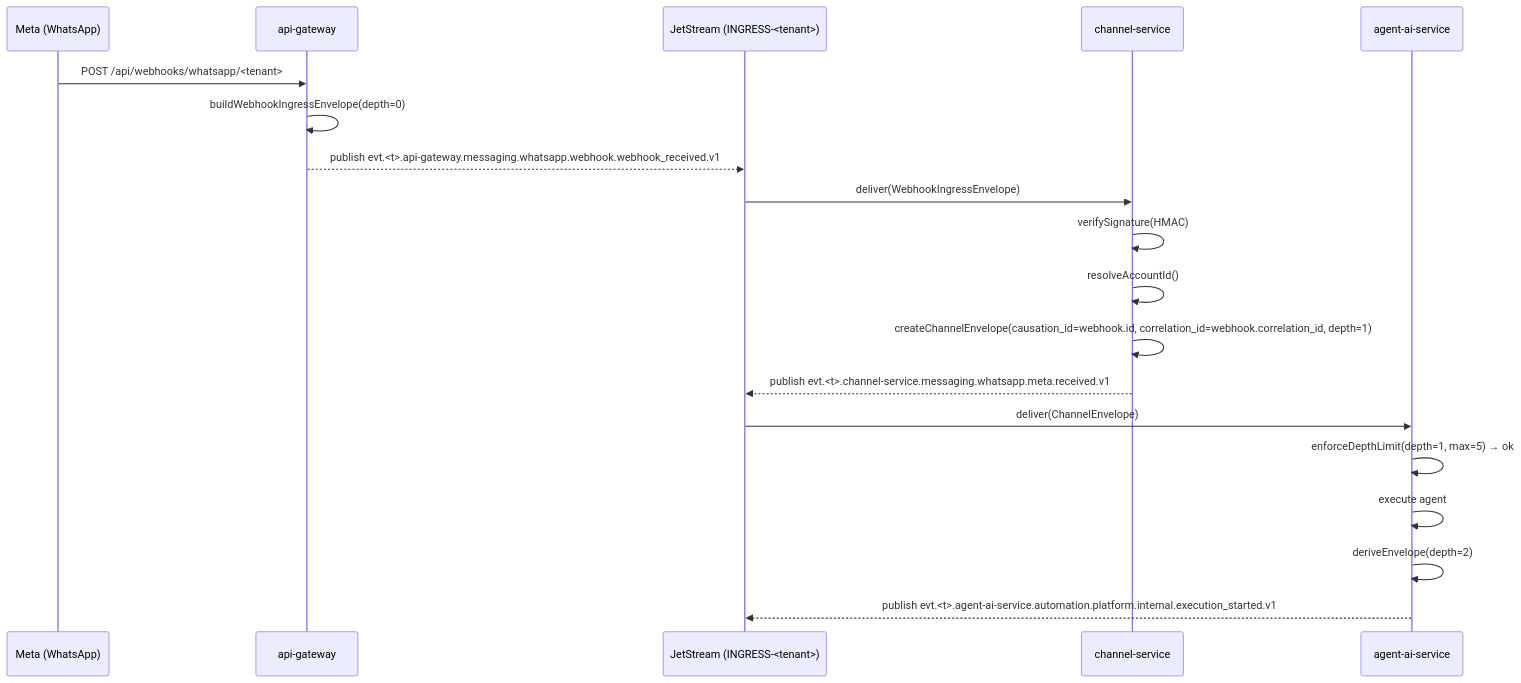
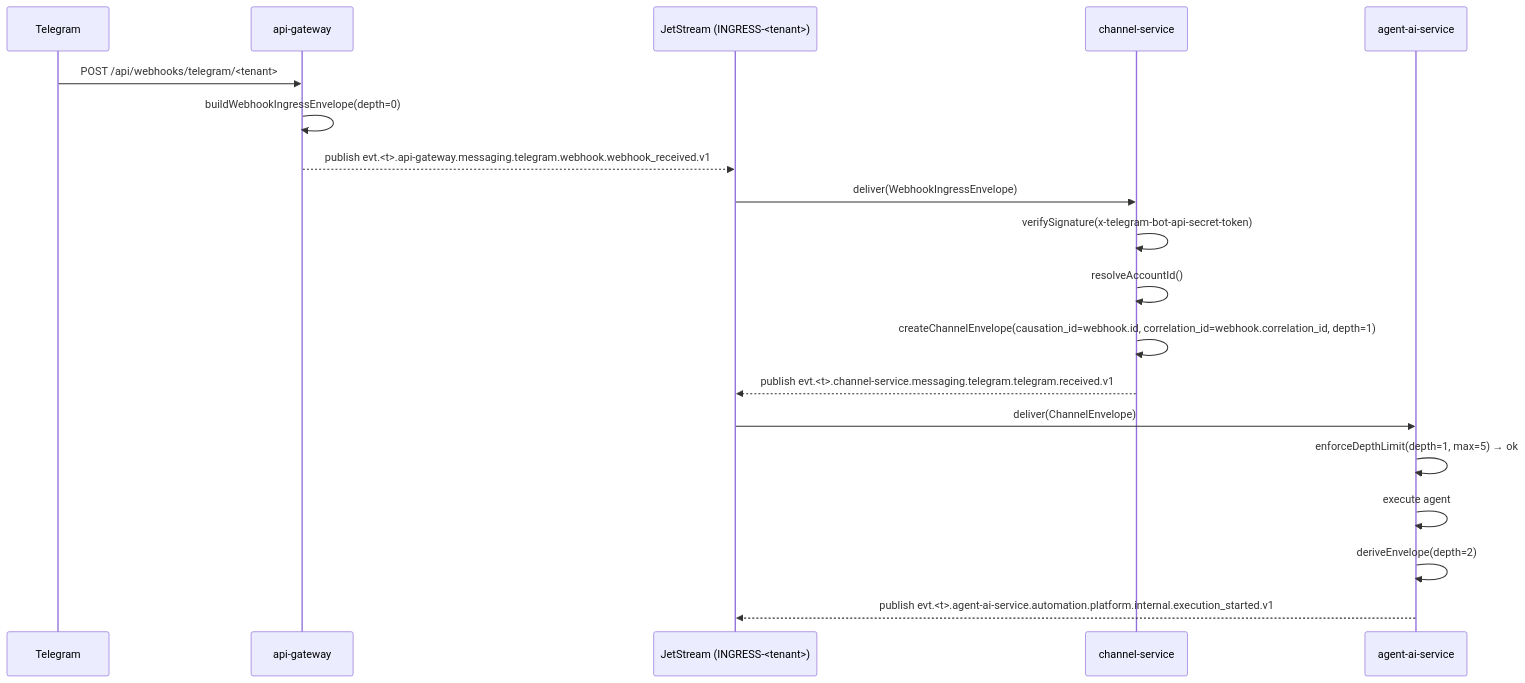
Before and after one commit to ccarnero/colloqui: the diagram in DOCS/messaging/ingress.md, drawn with Mermaid. The commit also changed other lines of this file and 43 other files, not shown here.

````diff
--- a/DOCS/messaging/ingress.md
+++ b/DOCS/messaging/ingress.md
@@ -209,24 +212,24 @@
 ```mermaid
 sequenceDiagram
-    participant Meta as Meta (WhatsApp)
+    participant TG as Telegram
     participant GW as api-gateway
     participant JS as JetStream (INGRESS-<tenant>)
     participant CS as channel-service
     participant AG as agent-ai-service
 
-    Meta->>GW: POST /api/webhooks/whatsapp/<tenant>
+    TG->>GW: POST /api/webhooks/telegram/<tenant>
     GW->>GW: buildWebhookIngressEnvelope(depth=0)
-    GW-->>JS: publish evt.<t>.api-gateway.messaging.whatsapp.webhook.webhook_received.v1
+    GW-->>JS: publish evt.<t>.api-gateway.messaging.telegram.webhook.webhook_received.v1
 
     JS->>CS: deliver(WebhookIngressEnvelope)
-    CS->>CS: verifySignature(HMAC)
+    CS->>CS: verifySignature(x-telegram-bot-api-secret-token)
     CS->>CS: resolveAccountId()
     CS->>CS: createChannelEnvelope(causation_id=webhook.id, correlation_id=webhook.correlation_id, depth=1)
-    CS-->>JS: publish evt.<t>.channel-service.messaging.whatsapp.meta.received.v1
+    CS-->>JS: publish evt.<t>.channel-service.messaging.telegram.telegram.received.v1
 
     JS->>AG: deliver(ChannelEnvelope)
     AG->>AG: enforceDepthLimit(depth=1, max=5) → ok
     AG->>AG: execute agent
     AG->>AG: deriveEnvelope(depth=2)
     AG-->>JS: publish evt.<t>.agent-ai-service.automation.platform.internal.execution_started.v1
 ```
````
